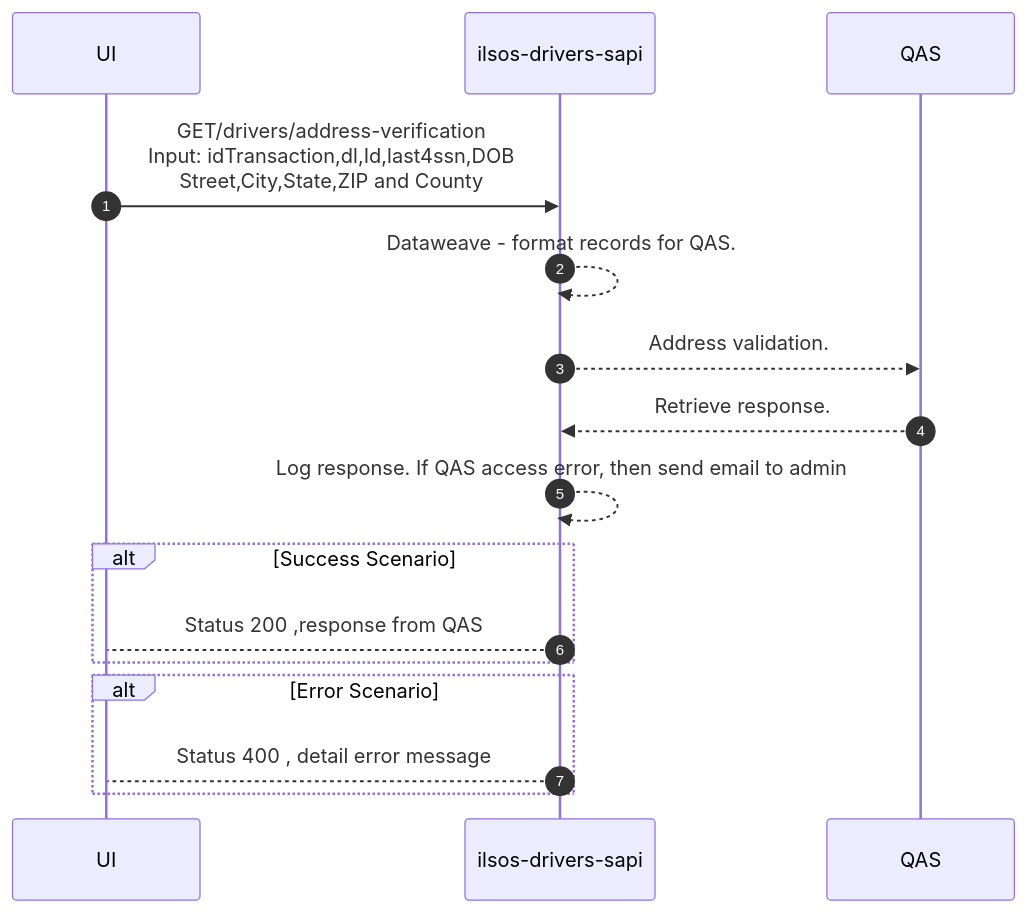
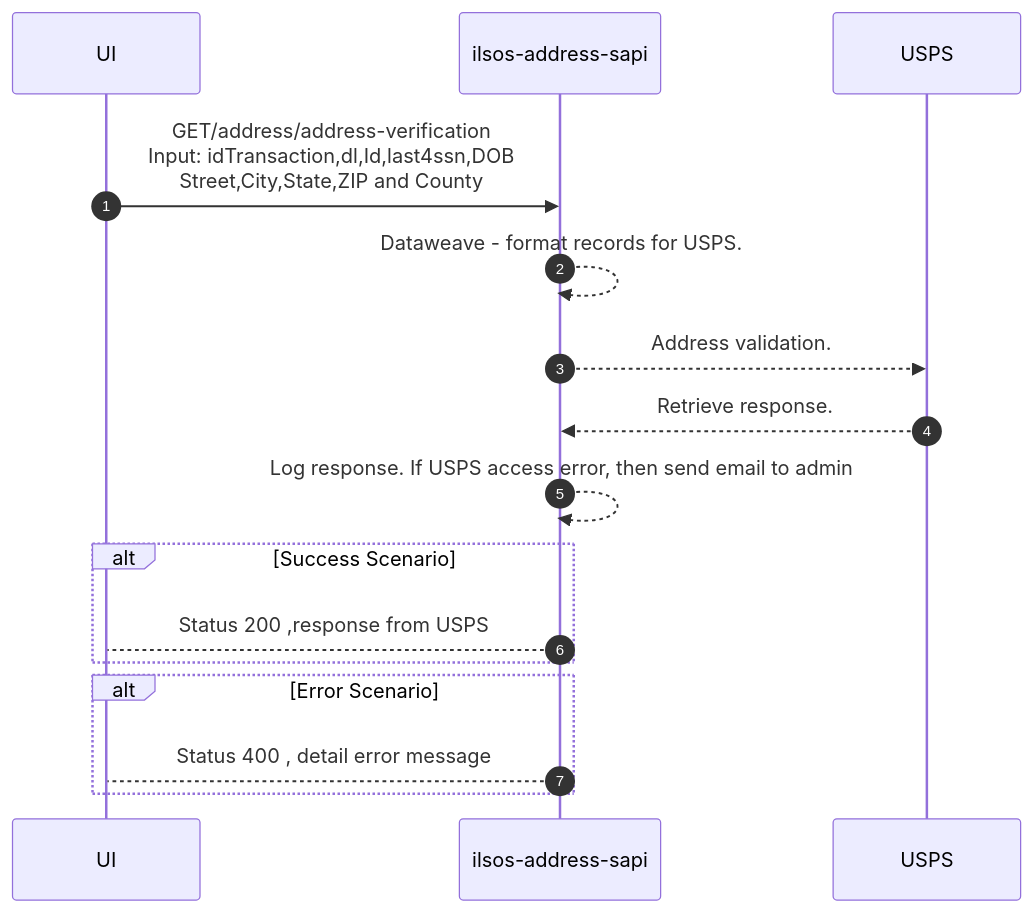
One commit to acme-devs/ilsos-address-sapi changed the diagram in README.md. Above: the diagram before and after it, drawn with Mermaid.

````diff
--- a/README.md
+++ b/README.md
@@ -27,19 +27,19 @@
 ```mermaid
 sequenceDiagram
     autonumber
     participant ui as UI
-    participant api as ilsos-drivers-sapi
-    participant qas as QAS
+    participant api as ilsos-address-sapi
+    participant usps as USPS
 
-    ui->>api:GET/drivers/address-verification <br>Input: idTransaction,dl,Id,last4ssn,DOB<br>Street,City,State,ZIP and County
-    api-->>api:Dataweave - format records for QAS.
-    api-->>qas:Address validation.
-    qas-->>api:Retrieve response.
-    api-->>api:Log response. If QAS access error, then send email to admin
+    ui->>api:GET/address/address-verification <br>Input: idTransaction,dl,Id,last4ssn,DOB<br>Street,City,State,ZIP and County
+    api-->>api:Dataweave - format records for USPS.
+    api-->>usps:Address validation.
+    usps-->>api:Retrieve response.
+    api-->>api:Log response. If USPS access error, then send email to admin
     alt Success Scenario 
-        api-->ui: Status 200 ,response from QAS
+        api-->ui: Status 200 ,response from USPS
     end
     alt Error Scenario 
         api-->ui: Status 400 , detail error message
     end
   ```
````
